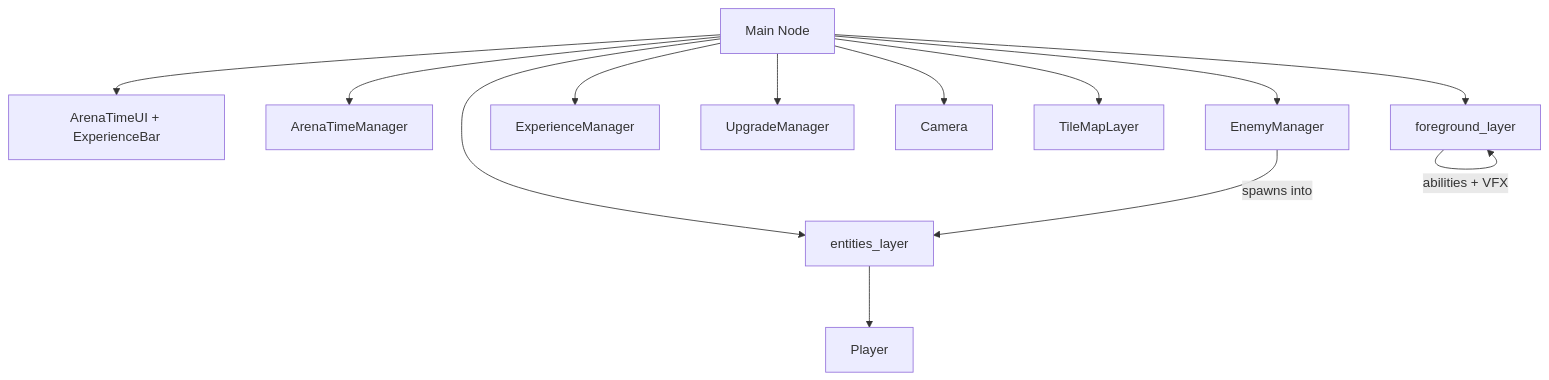
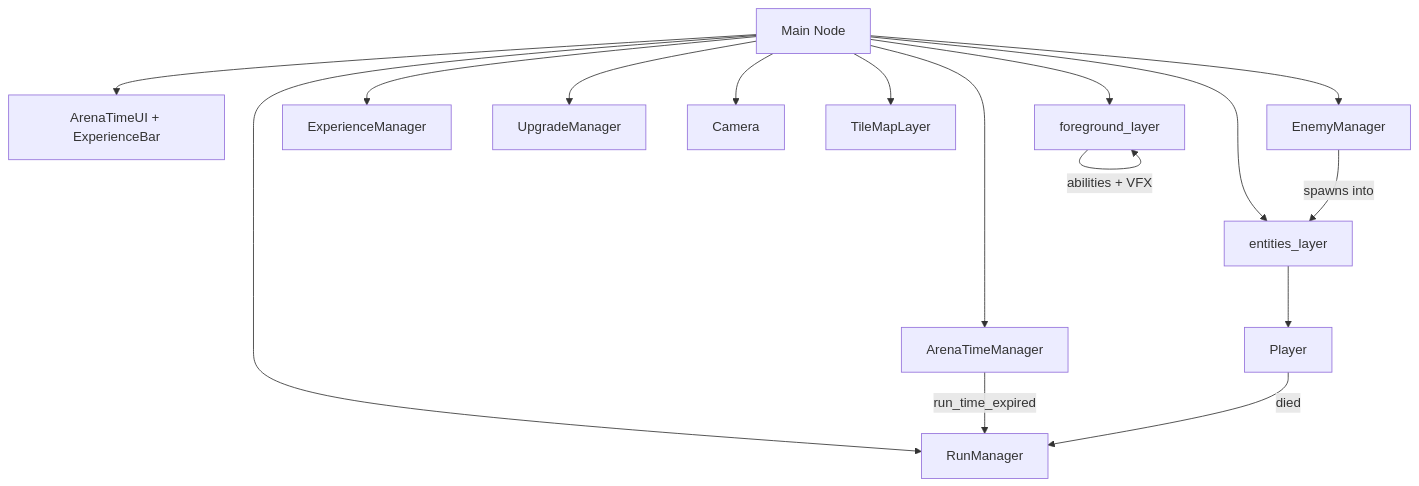
The first of 3 diagrams in docs/architecture.md (marcosewbank/runebound), drawn with Mermaid before and after one commit. The commit also changed other lines of this file and 99 other files, not shown here.

````diff
--- a/docs/architecture.md
+++ b/docs/architecture.md
@@ -9,16 +9,19 @@
 ```mermaid
 graph TB
     Main[Main Node]
     Main --> UI[ArenaTimeUI + ExperienceBar]
     Main --> ATM[ArenaTimeManager]
+    Main --> RM[RunManager]
     Main --> EM[EnemyManager]
     Main --> XM[ExperienceManager]
     Main --> UM[UpgradeManager]
     Main --> Cam[Camera]
     Main --> Tile[TileMapLayer]
     Main --> Entities[entities_layer]
     Main --> FG[foreground_layer]
     Entities --> Player[Player]
     EM -->|spawns into| Entities
     FG -->|abilities + VFX| FG
+    ATM -->|run_time_expired| RM
+    Player -->|died| RM
 ```
````
